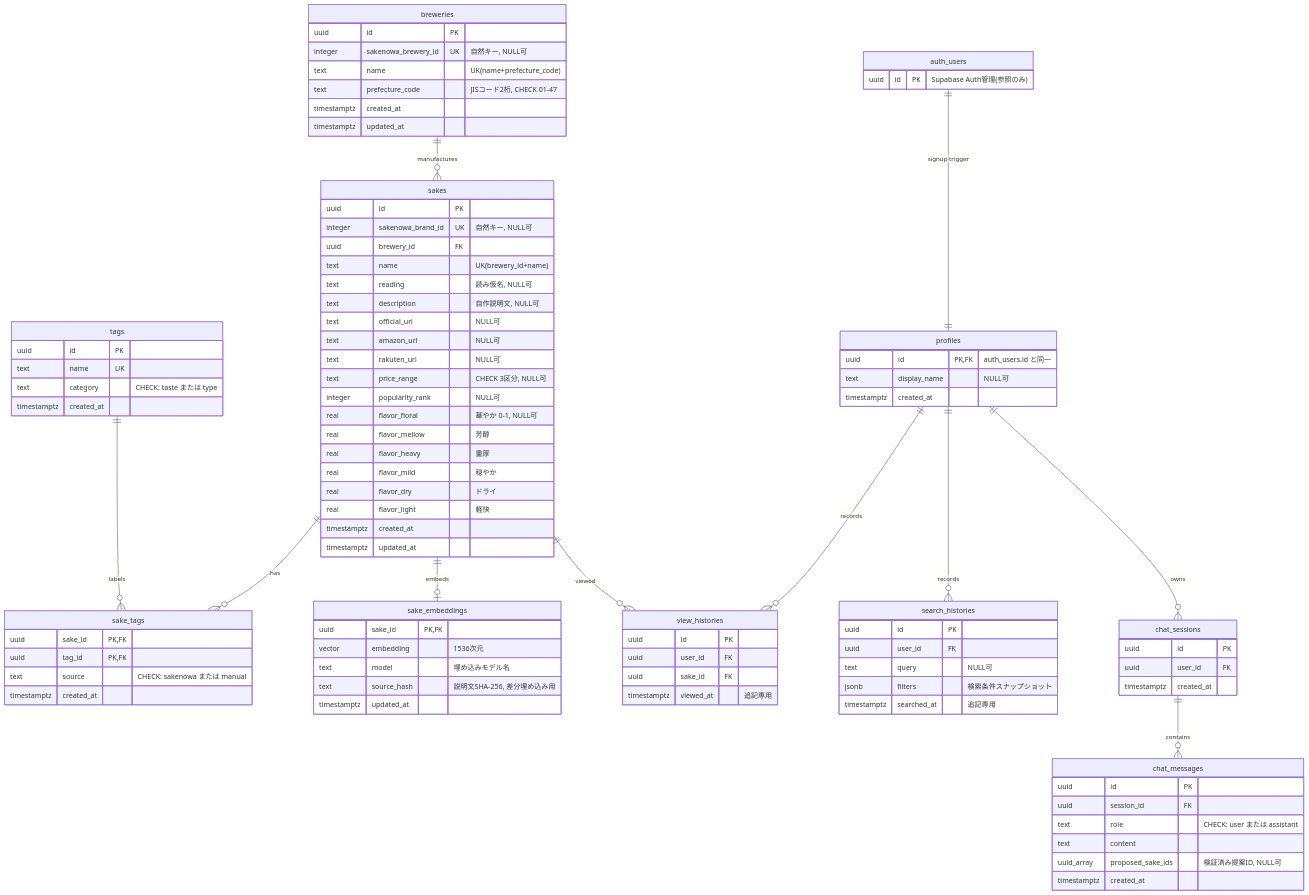
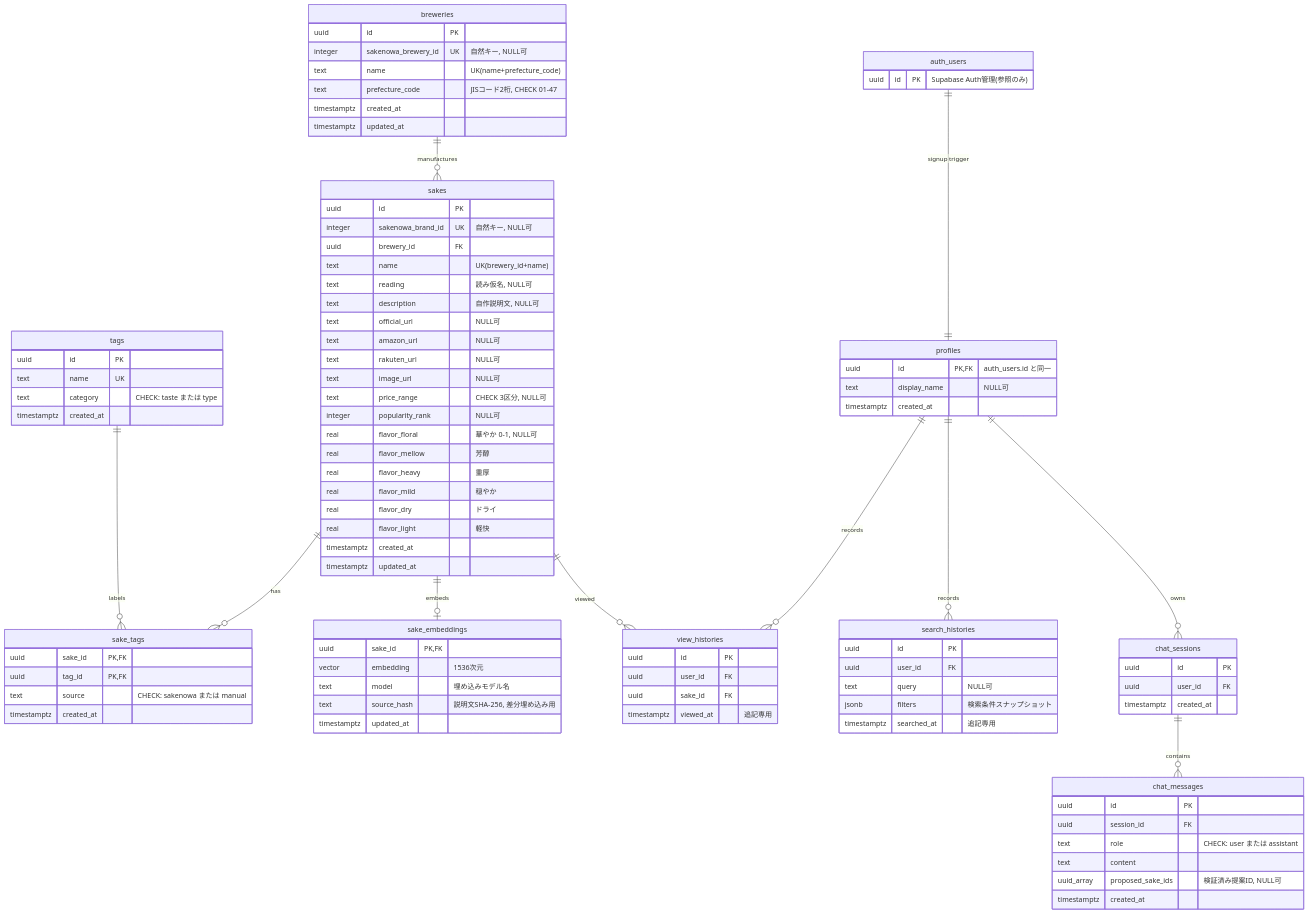
Before and after one commit to KuwadaKouhei/Jizake: the diagram in docs/DATABASE.md, drawn with Mermaid. The commit also changed other lines of this file and 34 other files, not shown here.

```diff
--- a/docs/DATABASE.md
+++ b/docs/DATABASE.md
@@ -364,6 +365,7 @@
         text official_url "NULL可"
         text amazon_url "NULL可"
         text rakuten_url "NULL可"
+        text image_url "NULL可"
         text price_range "CHECK 3区分, NULL可"
         integer popularity_rank "NULL可"
         real flavor_floral "華やか 0-1, NULL可"
```
